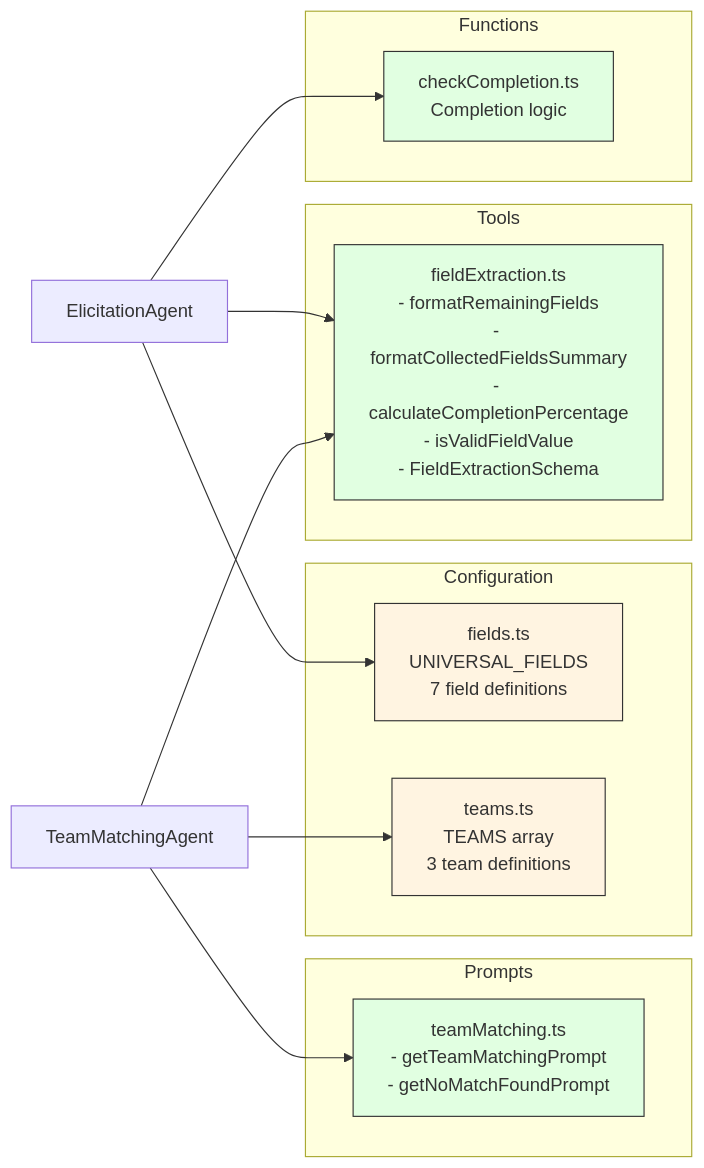
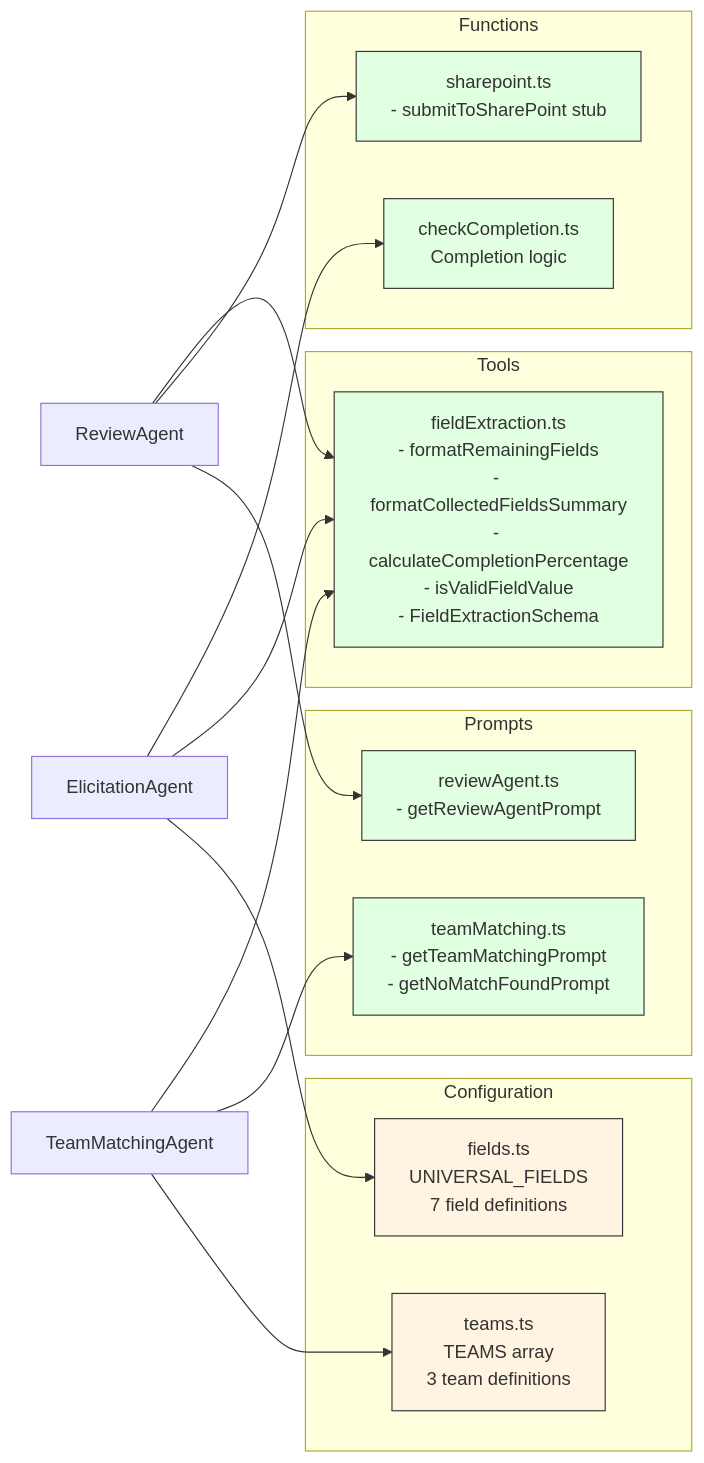
The fifth of 5 diagrams in PROGRESS_DIAGRAM.md (thomasyao15/CFD), drawn with Mermaid before and after one commit. The commit also changed other lines of this file and 9 other files, not shown here.

````diff
--- a/PROGRESS_DIAGRAM.md
+++ b/PROGRESS_DIAGRAM.md
@@ -194,32 +242,38 @@
 ```mermaid
 graph LR
     subgraph Configuration
         Fields[fields.ts<br/>UNIVERSAL_FIELDS<br/>7 field definitions]
         Teams[teams.ts<br/>TEAMS array<br/>3 team definitions]
     end
 
     subgraph Tools
         Extract[fieldExtraction.ts<br/>- formatRemainingFields<br/>- formatCollectedFieldsSummary<br/>- calculateCompletionPercentage<br/>- isValidFieldValue<br/>- FieldExtractionSchema]
     end
 
     subgraph Prompts
         TeamPrompts[teamMatching.ts<br/>- getTeamMatchingPrompt<br/>- getNoMatchFoundPrompt]
+        ReviewPrompt[reviewAgent.ts<br/>- getReviewAgentPrompt]
     end
 
     subgraph Functions
         Check[checkCompletion.ts<br/>Completion logic]
+        SharePoint[sharepoint.ts<br/>- submitToSharePoint stub]
     end
 
     ElicitAgent[ElicitationAgent] --> Fields
     ElicitAgent --> Extract
     ElicitAgent --> Check
 
     TeamAgent[TeamMatchingAgent] --> Teams
     TeamAgent --> TeamPrompts
     TeamAgent --> Extract
 
+    ReviewAgentNode[ReviewAgent] --> ReviewPrompt
+    ReviewAgentNode --> SharePoint
+    ReviewAgentNode --> Extract
+
     classDef config fill:#fff4e1,stroke:#333,stroke-width:1px
     classDef tool fill:#e1ffe1,stroke:#333,stroke-width:1px
     class Fields,Teams config
-    class Extract,Check,TeamPrompts tool
+    class Extract,Check,TeamPrompts,ReviewPrompt,SharePoint tool
 ```
````
